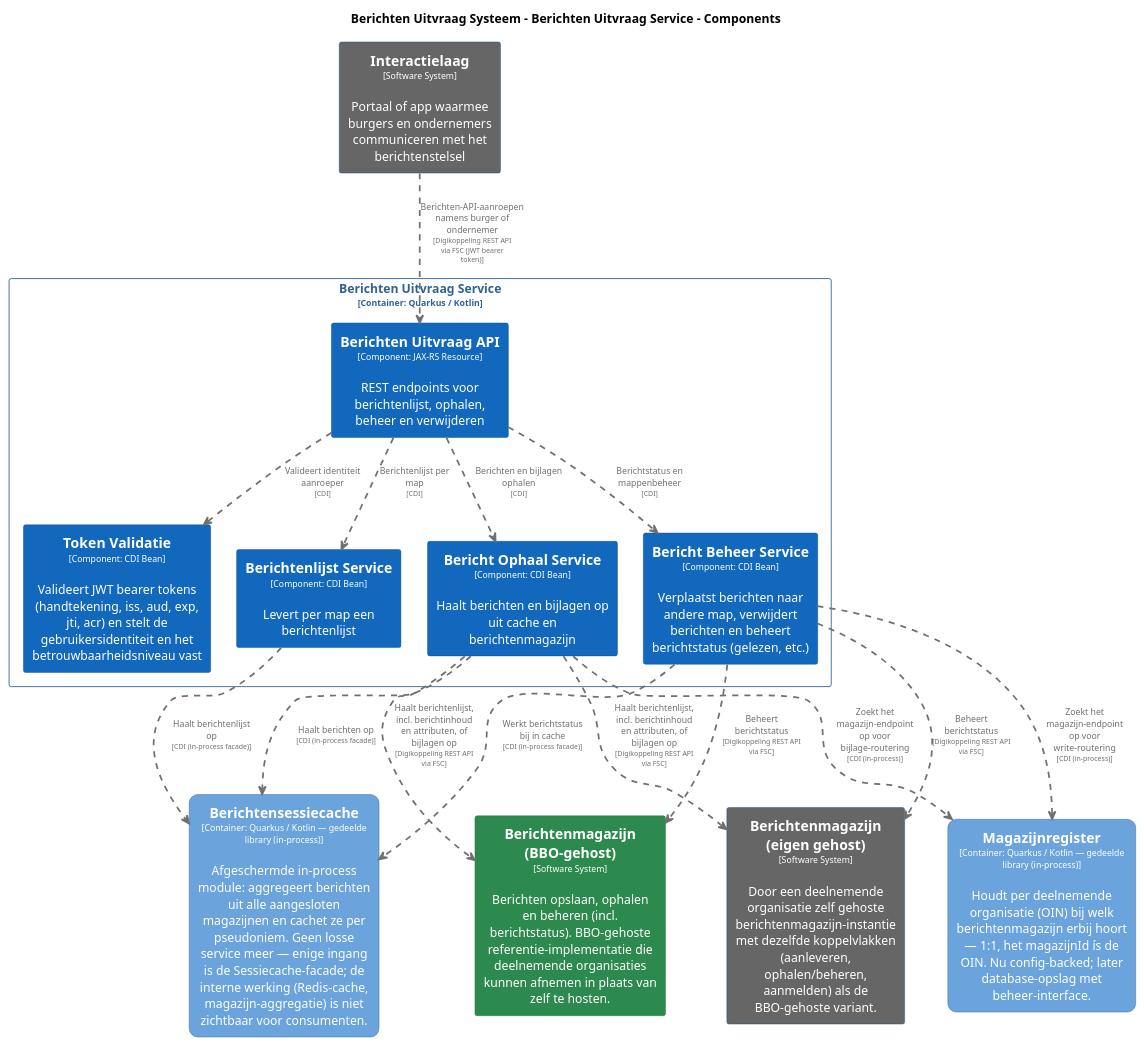
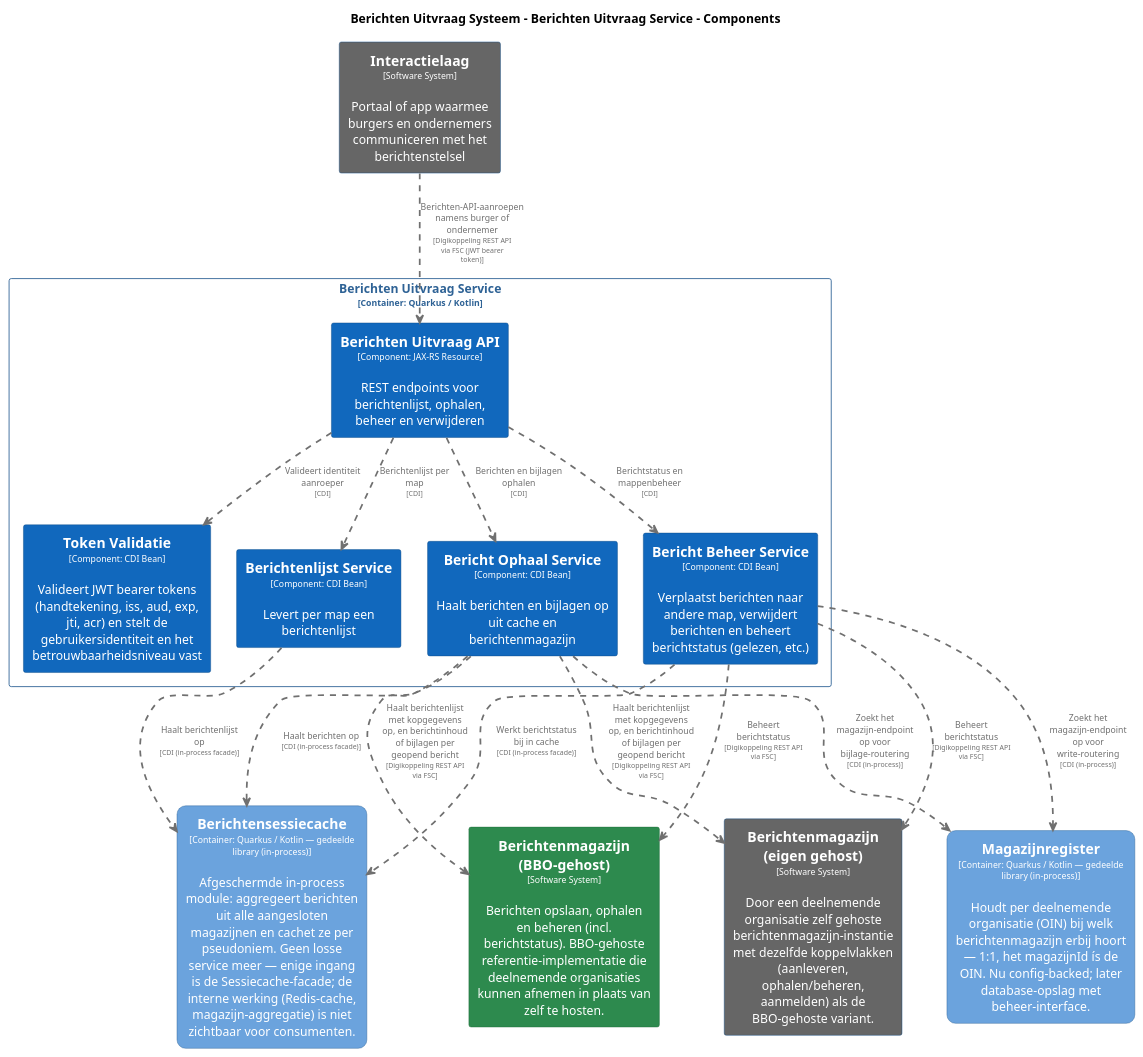
One commit to MinBZK/moza-poc-fbs-berichtenbox changed the diagram in master/puml/BerichtenUitvraagServiceComponenten.puml. Above: the diagram before and after it, drawn with PlantUML. The commit also changed 41 other files, not shown here.

```diff
--- a/master/puml/BerichtenUitvraagServiceComponenten.puml
+++ b/master/puml/BerichtenUitvraagServiceComponenten.puml
@@ -1,114 +1,114 @@
 @startuml
 set separator none
 title Berichten Uitvraag Systeem - Berichten Uitvraag Service - Components
 
 top to bottom direction
 skinparam ranksep 60
 skinparam nodesep 30
 
 skinparam {
   arrowFontSize 10
   defaultTextAlignment center
   wrapWidth 200
   maxMessageSize 100
 }
 
 hide stereotype
 
 skinparam rectangle<<BerichtenUitvraagSysteem.BerichtenUitvraagService.BerichtBeheerService>> {
   BackgroundColor #1168bd
   FontColor #ffffff
   BorderColor #0b4884
   shadowing false
 }
 skinparam rectangle<<BerichtenUitvraagSysteem.BerichtenUitvraagService.BerichtOphaalService>> {
   BackgroundColor #1168bd
   FontColor #ffffff
   BorderColor #0b4884
   shadowing false
 }
 skinparam rectangle<<BerichtenUitvraagSysteem.BerichtenUitvraagService.BerichtenUitvraagAPI>> {
   BackgroundColor #1168bd
   FontColor #ffffff
   BorderColor #0b4884
   shadowing false
 }
 skinparam rectangle<<BerichtenUitvraagSysteem.BerichtenUitvraagService.BerichtenlijstService>> {
   BackgroundColor #1168bd
   FontColor #ffffff
   BorderColor #0b4884
   shadowing false
 }
 skinparam rectangle<<BerichtenmagazijnBBOgehost>> {
   BackgroundColor #2d8a4e
   FontColor #ffffff
   BorderColor #1e6b38
   shadowing false
 }
 skinparam rectangle<<Berichtenmagazijneigengehost>> {
   BackgroundColor #666666
   FontColor #ffffff
   BorderColor #0b4884
   shadowing false
 }
 skinparam rectangle<<BerichtenUitvraagSysteem.Berichtensessiecache>> {
   BackgroundColor #6ba3dd
   FontColor #ffffff
   BorderColor #2e6295
   roundCorner 20
   shadowing false
 }
 skinparam rectangle<<Interactielaag>> {
   BackgroundColor #666666
   FontColor #ffffff
   BorderColor #0b4884
   shadowing false
 }
 skinparam rectangle<<BerichtenUitvraagSysteem.Magazijnregister>> {
   BackgroundColor #6ba3dd
   FontColor #ffffff
   BorderColor #2e6295
   roundCorner 20
   shadowing false
 }
 skinparam rectangle<<BerichtenUitvraagSysteem.BerichtenUitvraagService.TokenValidatie>> {
   BackgroundColor #1168bd
   FontColor #ffffff
   BorderColor #0b4884
   shadowing false
 }
 skinparam rectangle<<BerichtenUitvraagSysteem.BerichtenUitvraagService>> {
   BorderColor #2e6295
   FontColor #2e6295
   shadowing false
 }
 
 rectangle "==Interactielaag\n<size:10>[Software System]</size>\n\nPortaal of app waarmee burgers en ondernemers communiceren met het berichtenstelsel" <<Interactielaag>> as Interactielaag
 rectangle "==Berichtenmagazijn (eigen gehost)\n<size:10>[Software System]</size>\n\nDoor een deelnemende organisatie zelf gehoste berichtenmagazijn-instantie met dezelfde koppelvlakken (aanleveren, ophalen/beheren, aanmelden) als de BBO-gehoste variant." <<Berichtenmagazijneigengehost>> as Berichtenmagazijneigengehost
 rectangle "==Berichtenmagazijn (BBO-gehost)\n<size:10>[Software System]</size>\n\nBerichten opslaan, ophalen en beheren (incl. berichtstatus). BBO-gehoste referentie-implementatie die deelnemende organisaties kunnen afnemen in plaats van zelf te hosten." <<BerichtenmagazijnBBOgehost>> as BerichtenmagazijnBBOgehost
 rectangle "==Berichtensessiecache\n<size:10>[Container: Quarkus / Kotlin — gedeelde library (in-process)]</size>\n\nAfgeschermde in-process module: aggregeert berichten uit alle aangesloten magazijnen en cachet ze per pseudoniem. Geen losse service meer — enige ingang is de Sessiecache-facade; de interne werking (Redis-cache, magazijn-aggregatie) is niet zichtbaar voor consumenten." <<BerichtenUitvraagSysteem.Berichtensessiecache>> as BerichtenUitvraagSysteem.Berichtensessiecache
 rectangle "==Magazijnregister\n<size:10>[Container: Quarkus / Kotlin — gedeelde library (in-process)]</size>\n\nHoudt per deelnemende organisatie (OIN) bij welk berichtenmagazijn erbij hoort — 1:1, het magazijnId ís de OIN. Nu config-backed; later database-opslag met beheer-interface." <<BerichtenUitvraagSysteem.Magazijnregister>> as BerichtenUitvraagSysteem.Magazijnregister
 
 rectangle "Berichten Uitvraag Service\n<size:10>[Container: Quarkus / Kotlin]</size>" <<BerichtenUitvraagSysteem.BerichtenUitvraagService>> {
   rectangle "==Berichten Uitvraag API\n<size:10>[Component: JAX-RS Resource]</size>\n\nREST endpoints voor berichtenlijst, ophalen, beheer en verwijderen" <<BerichtenUitvraagSysteem.BerichtenUitvraagService.BerichtenUitvraagAPI>> as BerichtenUitvraagSysteem.BerichtenUitvraagService.BerichtenUitvraagAPI
   rectangle "==Token Validatie\n<size:10>[Component: CDI Bean]</size>\n\nValideert JWT bearer tokens (handtekening, iss, aud, exp, jti, acr) en stelt de gebruikersidentiteit en het betrouwbaarheidsniveau vast" <<BerichtenUitvraagSysteem.BerichtenUitvraagService.TokenValidatie>> as BerichtenUitvraagSysteem.BerichtenUitvraagService.TokenValidatie
   rectangle "==Berichtenlijst Service\n<size:10>[Component: CDI Bean]</size>\n\nLevert per map een berichtenlijst" <<BerichtenUitvraagSysteem.BerichtenUitvraagService.BerichtenlijstService>> as BerichtenUitvraagSysteem.BerichtenUitvraagService.BerichtenlijstService
   rectangle "==Bericht Ophaal Service\n<size:10>[Component: CDI Bean]</size>\n\nHaalt berichten en bijlagen op uit cache en berichtenmagazijn" <<BerichtenUitvraagSysteem.BerichtenUitvraagService.BerichtOphaalService>> as BerichtenUitvraagSysteem.BerichtenUitvraagService.BerichtOphaalService
   rectangle "==Bericht Beheer Service\n<size:10>[Component: CDI Bean]</size>\n\nVerplaatst berichten naar andere map, verwijdert berichten en beheert berichtstatus (gelezen, etc.)" <<BerichtenUitvraagSysteem.BerichtenUitvraagService.BerichtBeheerService>> as BerichtenUitvraagSysteem.BerichtenUitvraagService.BerichtBeheerService
 }
 
 Interactielaag .[#707070,thickness=2].> BerichtenUitvraagSysteem.BerichtenUitvraagService.BerichtenUitvraagAPI : "<color:#707070>Berichten-API-aanroepen namens burger of ondernemer\n<color:#707070><size:8>[Digikoppeling REST API via FSC (JWT bearer token)]</size>"
-BerichtenUitvraagSysteem.BerichtenUitvraagService.BerichtOphaalService .[#707070,thickness=2].> BerichtenmagazijnBBOgehost : "<color:#707070>Haalt berichtenlijst, incl. berichtinhoud en attributen, of bijlagen op\n<color:#707070><size:8>[Digikoppeling REST API via FSC]</size>"
+BerichtenUitvraagSysteem.BerichtenUitvraagService.BerichtOphaalService .[#707070,thickness=2].> BerichtenmagazijnBBOgehost : "<color:#707070>Haalt berichtenlijst met kopgegevens op, en berichtinhoud of bijlagen per geopend bericht\n<color:#707070><size:8>[Digikoppeling REST API via FSC]</size>"
 BerichtenUitvraagSysteem.BerichtenUitvraagService.BerichtBeheerService .[#707070,thickness=2].> BerichtenmagazijnBBOgehost : "<color:#707070>Beheert berichtstatus\n<color:#707070><size:8>[Digikoppeling REST API via FSC]</size>"
-BerichtenUitvraagSysteem.BerichtenUitvraagService.BerichtOphaalService .[#707070,thickness=2].> Berichtenmagazijneigengehost : "<color:#707070>Haalt berichtenlijst, incl. berichtinhoud en attributen, of bijlagen op\n<color:#707070><size:8>[Digikoppeling REST API via FSC]</size>"
+BerichtenUitvraagSysteem.BerichtenUitvraagService.BerichtOphaalService .[#707070,thickness=2].> Berichtenmagazijneigengehost : "<color:#707070>Haalt berichtenlijst met kopgegevens op, en berichtinhoud of bijlagen per geopend bericht\n<color:#707070><size:8>[Digikoppeling REST API via FSC]</size>"
 BerichtenUitvraagSysteem.BerichtenUitvraagService.BerichtBeheerService .[#707070,thickness=2].> Berichtenmagazijneigengehost : "<color:#707070>Beheert berichtstatus\n<color:#707070><size:8>[Digikoppeling REST API via FSC]</size>"
 BerichtenUitvraagSysteem.BerichtenUitvraagService.BerichtenUitvraagAPI .[#707070,thickness=2].> BerichtenUitvraagSysteem.BerichtenUitvraagService.TokenValidatie : "<color:#707070>Valideert identiteit aanroeper\n<color:#707070><size:8>[CDI]</size>"
 BerichtenUitvraagSysteem.BerichtenUitvraagService.BerichtenUitvraagAPI .[#707070,thickness=2].> BerichtenUitvraagSysteem.BerichtenUitvraagService.BerichtenlijstService : "<color:#707070>Berichtenlijst per map\n<color:#707070><size:8>[CDI]</size>"
 BerichtenUitvraagSysteem.BerichtenUitvraagService.BerichtenUitvraagAPI .[#707070,thickness=2].> BerichtenUitvraagSysteem.BerichtenUitvraagService.BerichtOphaalService : "<color:#707070>Berichten en bijlagen ophalen\n<color:#707070><size:8>[CDI]</size>"
 BerichtenUitvraagSysteem.BerichtenUitvraagService.BerichtenUitvraagAPI .[#707070,thickness=2].> BerichtenUitvraagSysteem.BerichtenUitvraagService.BerichtBeheerService : "<color:#707070>Berichtstatus en mappenbeheer\n<color:#707070><size:8>[CDI]</size>"
 BerichtenUitvraagSysteem.BerichtenUitvraagService.BerichtOphaalService .[#707070,thickness=2].> BerichtenUitvraagSysteem.Berichtensessiecache : "<color:#707070>Haalt berichten op\n<color:#707070><size:8>[CDI (in-process facade)]</size>"
 BerichtenUitvraagSysteem.BerichtenUitvraagService.BerichtenlijstService .[#707070,thickness=2].> BerichtenUitvraagSysteem.Berichtensessiecache : "<color:#707070>Haalt berichtenlijst op\n<color:#707070><size:8>[CDI (in-process facade)]</size>"
 BerichtenUitvraagSysteem.BerichtenUitvraagService.BerichtBeheerService .[#707070,thickness=2].> BerichtenUitvraagSysteem.Berichtensessiecache : "<color:#707070>Werkt berichtstatus bij in cache\n<color:#707070><size:8>[CDI (in-process facade)]</size>"
 BerichtenUitvraagSysteem.BerichtenUitvraagService.BerichtOphaalService .[#707070,thickness=2].> BerichtenUitvraagSysteem.Magazijnregister : "<color:#707070>Zoekt het magazijn-endpoint op voor bijlage-routering\n<color:#707070><size:8>[CDI (in-process)]</size>"
 BerichtenUitvraagSysteem.BerichtenUitvraagService.BerichtBeheerService .[#707070,thickness=2].> BerichtenUitvraagSysteem.Magazijnregister : "<color:#707070>Zoekt het magazijn-endpoint op voor write-routering\n<color:#707070><size:8>[CDI (in-process)]</size>"
 @enduml
```
